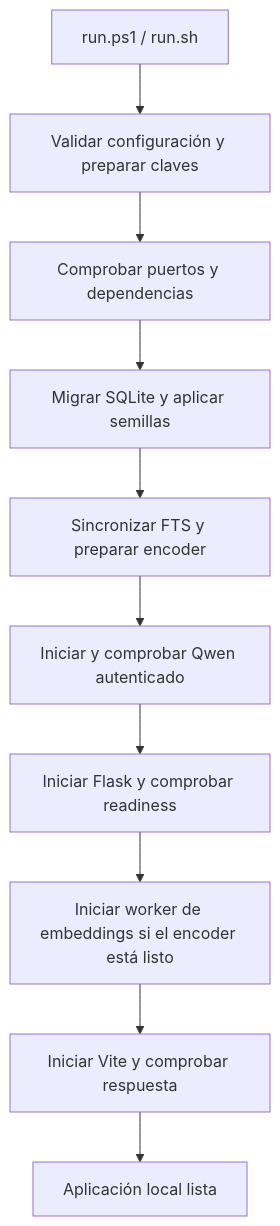
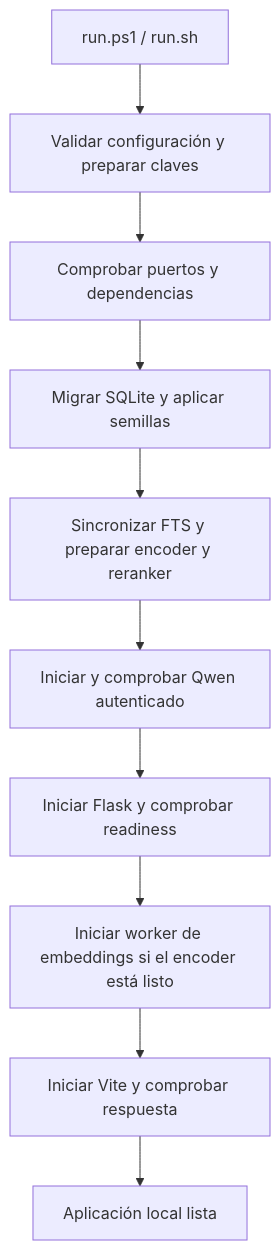
The second of 5 diagrams in docs/Arquitectura-Actual.md (NebyX1/jobkler-public-quien-uy), drawn with Mermaid before and after one commit. The commit also changed other lines of this file and 29 other files, not shown here.

````diff
--- a/docs/Arquitectura-Actual.md
+++ b/docs/Arquitectura-Actual.md
@@ -27,12 +28,12 @@
 ```mermaid
 flowchart TD
     Inicio["run.ps1 / run.sh"] --> Config["Validar configuración y preparar claves"]
     Config --> Puertos["Comprobar puertos y dependencias"]
     Puertos --> Migrar["Migrar SQLite y aplicar semillas"]
-    Migrar --> Indice["Sincronizar FTS y preparar encoder"]
+    Migrar --> Indice["Sincronizar FTS y preparar encoder y reranker"]
     Indice --> Motor["Iniciar y comprobar Qwen autenticado"]
     Motor --> API["Iniciar Flask y comprobar readiness"]
     API --> Worker["Iniciar worker de embeddings si el encoder está listo"]
     Worker --> Web["Iniciar Vite y comprobar respuesta"]
     Web --> Lista["Aplicación local lista"]
 ```
````
